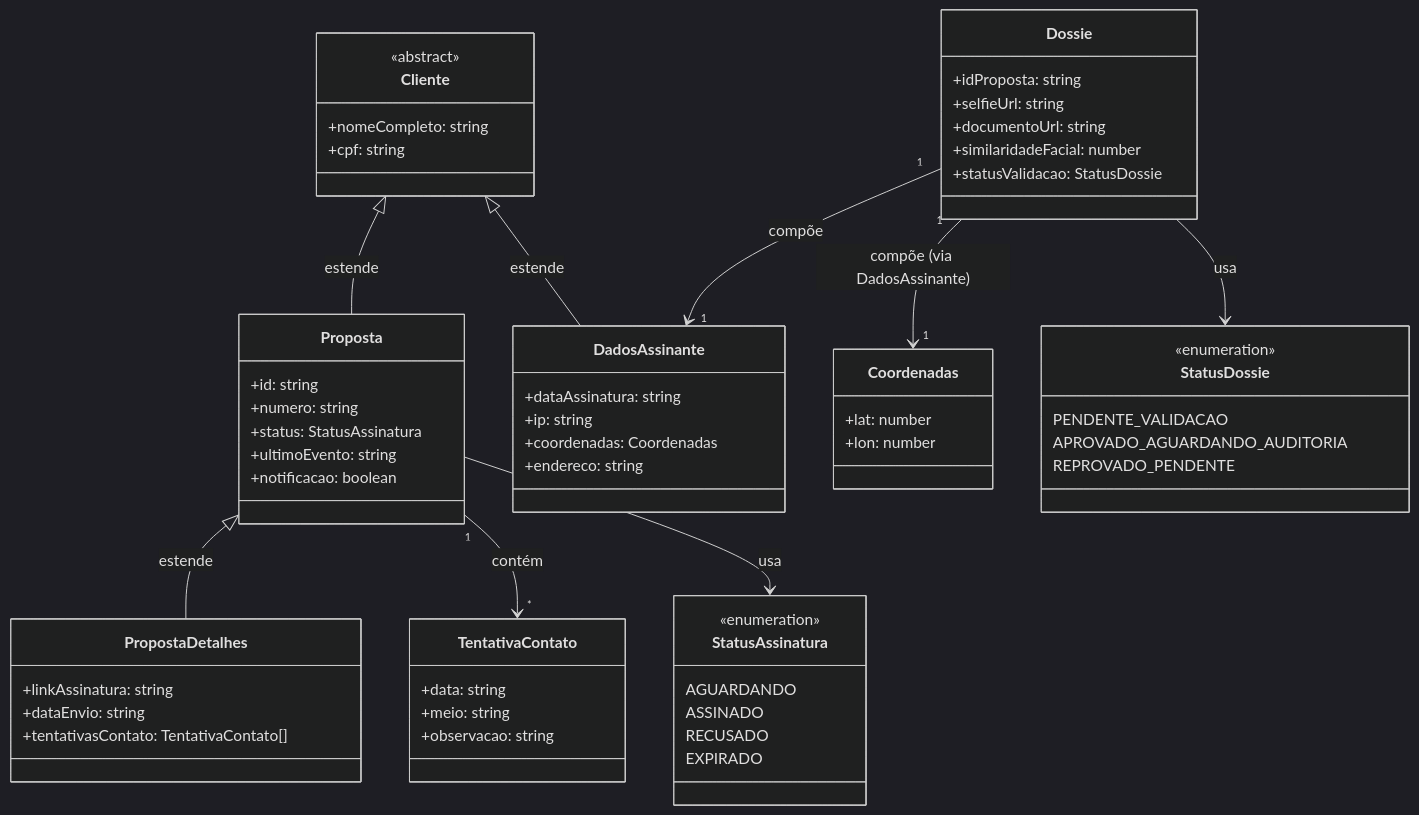
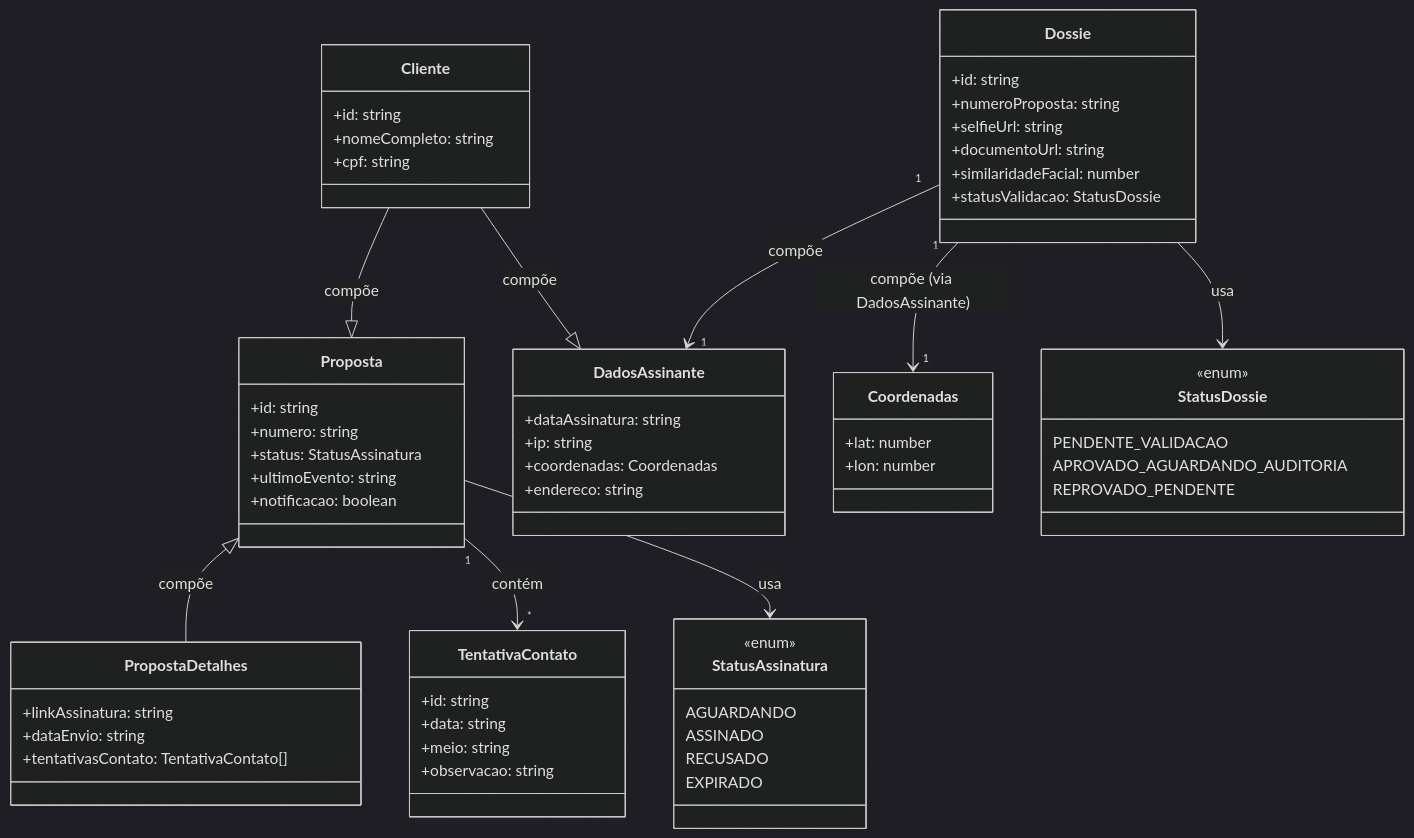
Before and after one commit to j-fborges/neocredito: the diagram in docs/diagrams/objectTypes-draft.md, drawn with Mermaid (dark theme). The commit also changed 8 other files, not shown here.

````diff
--- a/docs/diagrams/objectTypes-draft.md
+++ b/docs/diagrams/objectTypes-draft.md
@@ -1,74 +1,76 @@
 ```mermaid
 
 classDiagram
     class Cliente {
-        <<abstract>>
+        +id: string
         +nomeCompleto: string
         +cpf: string
     }
 
     class Proposta {
         +id: string
         +numero: string
         +status: StatusAssinatura
         +ultimoEvento: string
         +notificacao: boolean
     }
 
     class PropostaDetalhes {
         +linkAssinatura: string
         +dataEnvio: string
         +tentativasContato: TentativaContato[]
     }
 
     class DadosAssinante {
         +dataAssinatura: string
         +ip: string
         +coordenadas: Coordenadas
         +endereco: string
     }
 
     class Dossie {
-        +idProposta: string
+        +id: string
+        +numeroProposta: string
         +selfieUrl: string
         +documentoUrl: string
         +similaridadeFacial: number
         +statusValidacao: StatusDossie
     }
 
     class Coordenadas {
         +lat: number
         +lon: number
     }
 
     class TentativaContato {
+        +id: string
         +data: string
         +meio: string
         +observacao: string
     }
 
     class StatusAssinatura {
-        <<enumeration>>
+        <<enum>>
         AGUARDANDO
         ASSINADO
         RECUSADO
         EXPIRADO
     }
 
     class StatusDossie {
-        <<enumeration>>
+        <<enum>>
         PENDENTE_VALIDACAO
         APROVADO_AGUARDANDO_AUDITORIA
         REPROVADO_PENDENTE
     }
 
-    Cliente <|-- Proposta : estende
-    Cliente <|-- DadosAssinante : estende
-    Proposta <|-- PropostaDetalhes : estende
+    Cliente --|> Proposta : compõe
+    Cliente --|> DadosAssinante : compõe
+    Proposta <|-- PropostaDetalhes : compõe
     Proposta "1" --> "*" TentativaContato : contém
     Dossie "1" --> "1" DadosAssinante : compõe
     Dossie "1" --> "1" Coordenadas : compõe (via DadosAssinante)
     Proposta --> StatusAssinatura : usa
     Dossie --> StatusDossie : usa
 
 ```
````
